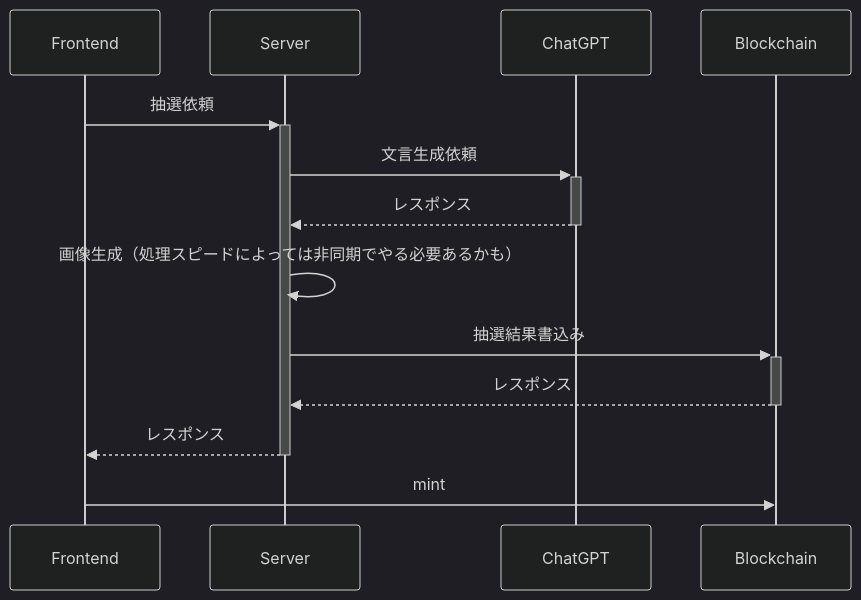
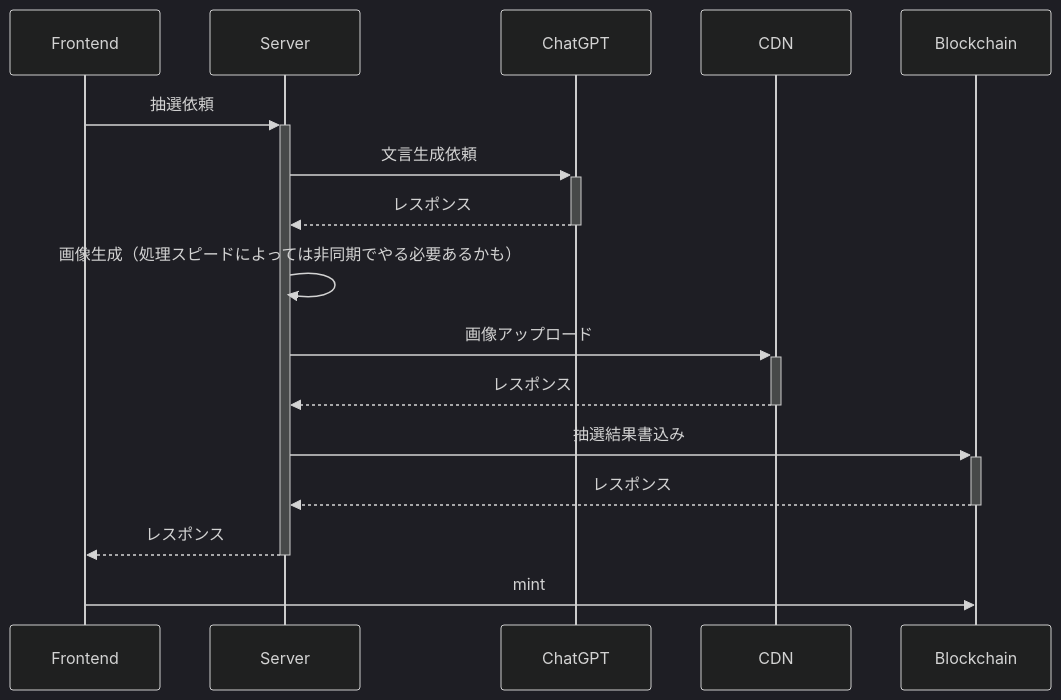
The diagram in sequence.md (lepus-shinagawa/gemini), drawn with Mermaid (dark theme) before and after one commit.

````diff
--- a/sequence.md
+++ b/sequence.md
@@ -1,12 +1,14 @@
 ```mermaid
 sequenceDiagram
   Frontend->>+Server: 抽選依頼
   Server->>+ChatGPT: 文言生成依頼
   ChatGPT-->>-Server: レスポンス
   Server->>Server: 画像生成（処理スピードによっては非同期でやる必要あるかも）
+  Server->>+CDN: 画像アップロード
+  CDN-->>-Server: レスポンス
   Server->>+Blockchain: 抽選結果書込み
   Blockchain-->>-Server: レスポンス
   Server-->>-Frontend: レスポンス
 
   Frontend->>Blockchain: mint
 ```
````
